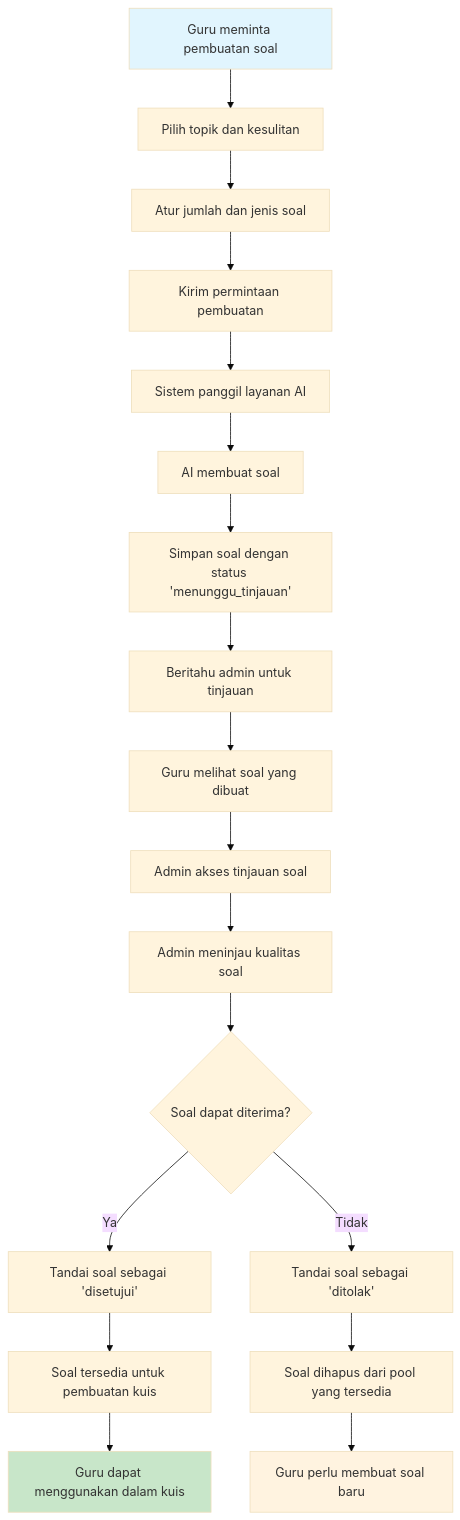
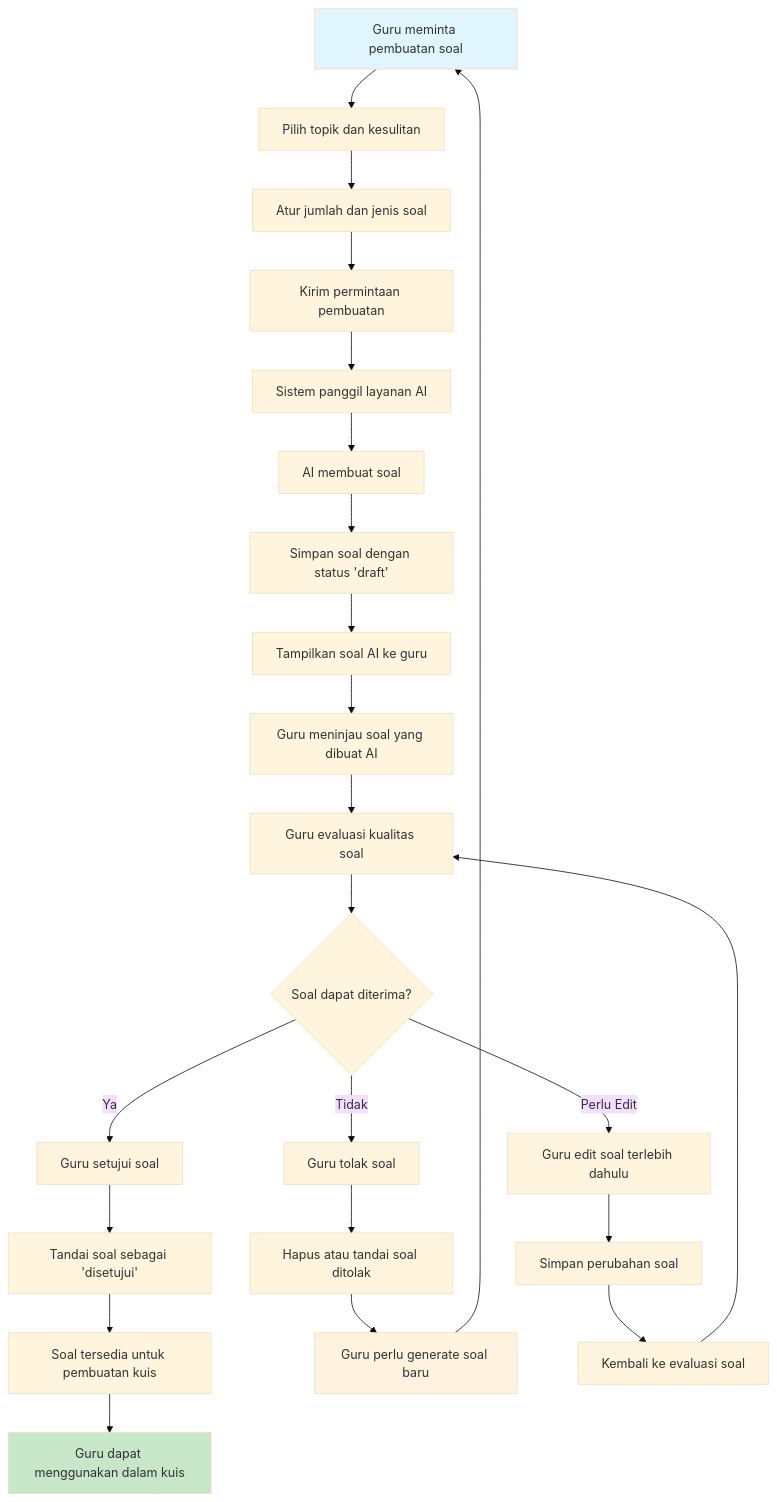
The second of 6 diagrams in activity-diagrams.md (jonito2005/exam-expert-ai-docs), drawn with Mermaid (base theme) before and after one commit. The commit also changed other lines of this file and 3 other files, not shown here.

````diff
--- a/activity-diagrams.md
+++ b/activity-diagrams.md
@@ -39,28 +39,34 @@
 ```mermaid
 flowchart TD
     A[Guru meminta pembuatan soal] --> B[Pilih topik dan kesulitan]
     B --> C[Atur jumlah dan jenis soal]
     C --> D[Kirim permintaan pembuatan]
     D --> E[Sistem panggil layanan AI]
     E --> F[AI membuat soal]
-    F --> G[Simpan soal dengan status 'menunggu_tinjauan']
-    G --> H[Beritahu admin untuk tinjauan]
-    H --> I[Guru melihat soal yang dibuat]
+    F --> G[Simpan soal dengan status 'draft']
+    G --> H[Tampilkan soal AI ke guru]
+    H --> I[Guru meninjau soal yang dibuat AI]
     
-    I --> J[Admin akses tinjauan soal]
-    J --> K[Admin meninjau kualitas soal]
-    K --> L{Soal dapat diterima?}
+    I --> J[Guru evaluasi kualitas soal]
+    J --> K{Soal dapat diterima?}
     
-    L -->|Ya| M[Tandai soal sebagai 'disetujui']
-    L -->|Tidak| N[Tandai soal sebagai 'ditolak']
+    K -->|Ya| L[Guru setujui soal]
+    K -->|Tidak| M[Guru tolak soal]
+    K -->|Perlu Edit| N[Guru edit soal terlebih dahulu]
     
-    M --> O[Soal tersedia untuk pembuatan kuis]
-    N --> P[Soal dihapus dari pool yang tersedia]
+    L --> O[Tandai soal sebagai 'disetujui']
+    M --> P[Hapus atau tandai soal ditolak]
+    N --> Q[Simpan perubahan soal]
     
-    O --> Q[Guru dapat menggunakan dalam kuis]
-    P --> R[Guru perlu membuat soal baru]
+    O --> R[Soal tersedia untuk pembuatan kuis]
+    P --> S[Guru perlu generate soal baru]
+    Q --> T[Kembali ke evaluasi soal]
+    
+    T --> J
+    R --> U[Guru dapat menggunakan dalam kuis]
+    S --> A
     
     style A fill:#e1f5fe
-    style Q fill:#c8e6c9
-    style R fill:#fff3e0
+    style U fill:#c8e6c9
+    style S fill:#fff3e0
 ```
````
